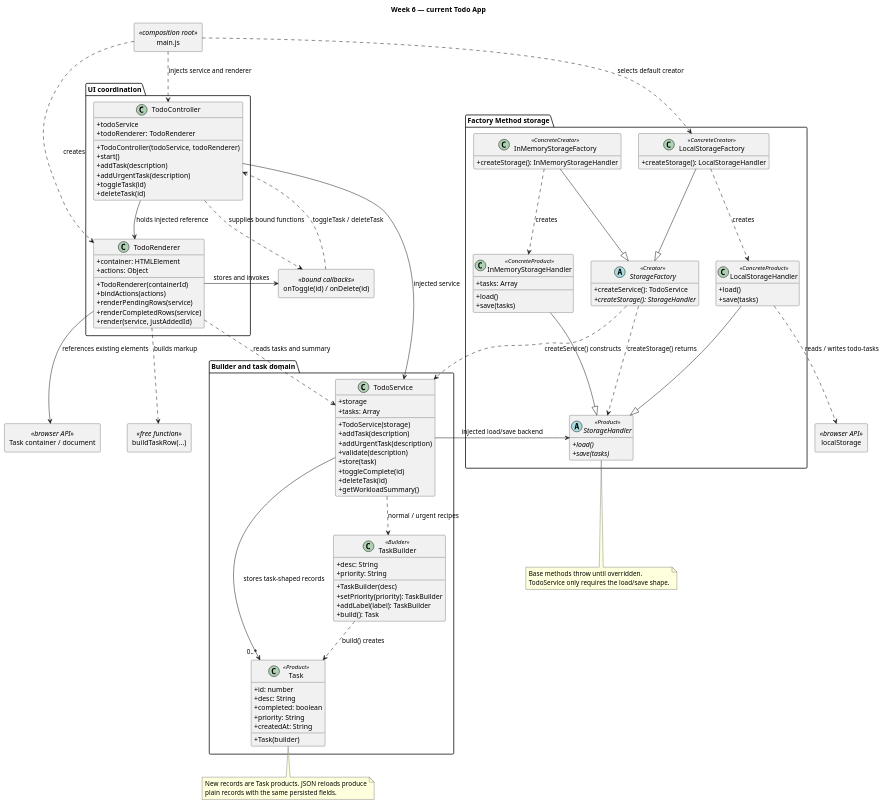
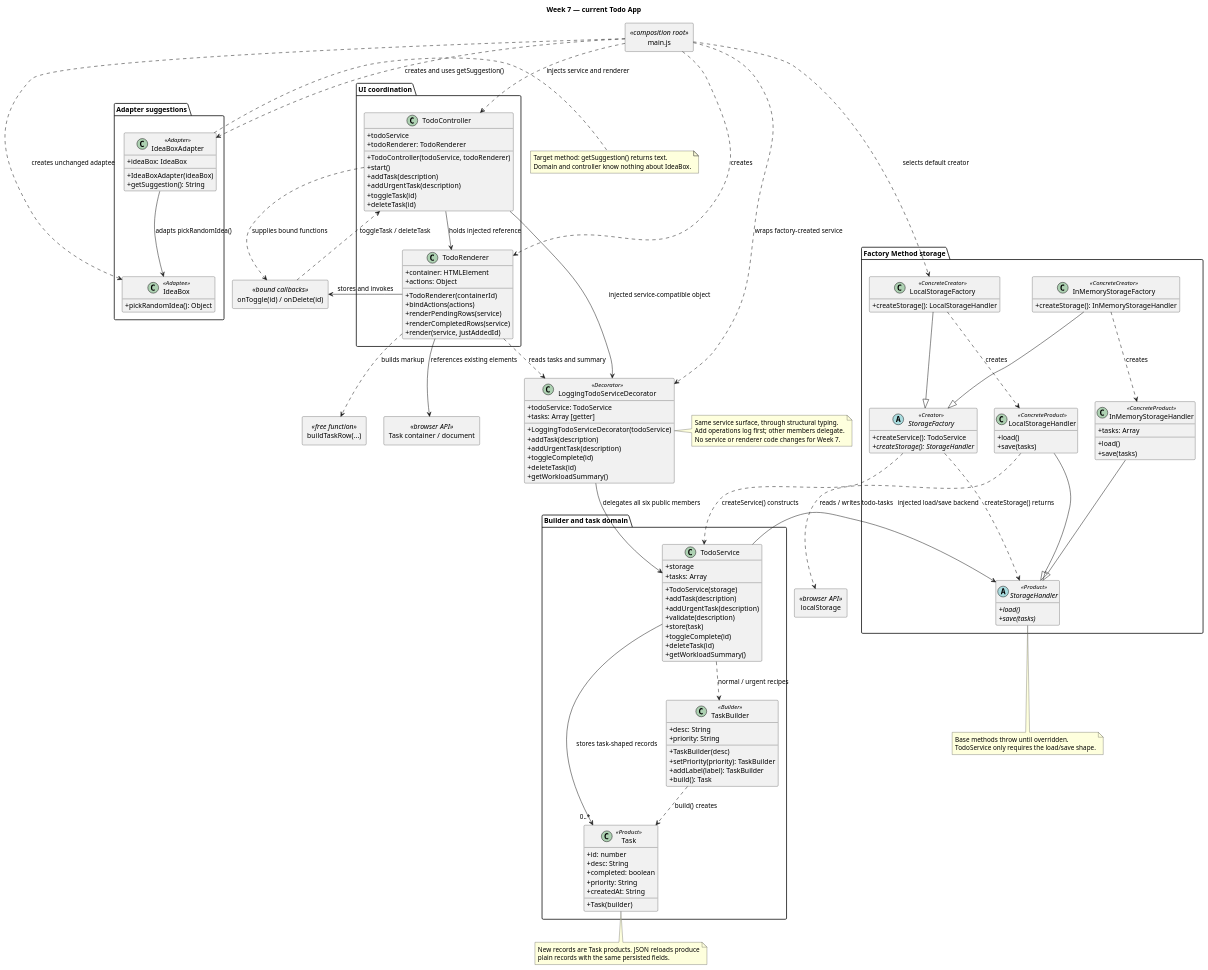
One commit to valonraca/swen383-todo changed the diagram in docs/class-diagram.puml. Above: the diagram before and after it, drawn with PlantUML. The commit also changed 7 other files, not shown here.

```diff
--- a/docs/class-diagram.puml
+++ b/docs/class-diagram.puml
@@ -1,125 +1,160 @@
 @startuml ClassDiagram
 allowmixing
-title Week 6 — current Todo App
+title Week 7 — current Todo App
 skinparam classAttributeIconSize 0
 hide empty members
 
 package "UI coordination" {
   class TodoController {
     + todoService
     + todoRenderer: TodoRenderer
     + TodoController(todoService, todoRenderer)
     + start()
     + addTask(description)
     + addUrgentTask(description)
     + toggleTask(id)
     + deleteTask(id)
   }
   class TodoRenderer {
     + container: HTMLElement
     + actions: Object
     + TodoRenderer(containerId)
     + bindActions(actions)
     + renderPendingRows(service)
     + renderCompletedRows(service)
     + render(service, justAddedId)
   }
 }
 
 package "Builder and task domain" {
   class TodoService {
     + storage
     + tasks: Array
     + TodoService(storage)
     + addTask(description)
     + addUrgentTask(description)
     + validate(description)
     + store(task)
     + toggleComplete(id)
     + deleteTask(id)
     + getWorkloadSummary()
   }
   class Task <<Product>> {
     + id: number
     + desc: String
     + completed: boolean
     + priority: String
     + createdAt: String
     + Task(builder)
   }
   class TaskBuilder <<Builder>> {
     + desc: String
     + priority: String
     + TaskBuilder(desc)
     + setPriority(priority): TaskBuilder
     + addLabel(label): TaskBuilder
     + build(): Task
   }
 }
 
 package "Factory Method storage" {
   abstract class StorageHandler <<Product>> {
     {abstract} + load()
     {abstract} + save(tasks)
   }
   class LocalStorageHandler <<ConcreteProduct>> {
     + load()
     + save(tasks)
   }
   class InMemoryStorageHandler <<ConcreteProduct>> {
     + tasks: Array
     + load()
     + save(tasks)
   }
   abstract class StorageFactory <<Creator>> {
     + createService(): TodoService
     {abstract} + createStorage(): StorageHandler
   }
   class LocalStorageFactory <<ConcreteCreator>> {
     + createStorage(): LocalStorageHandler
   }
   class InMemoryStorageFactory <<ConcreteCreator>> {
     + createStorage(): InMemoryStorageHandler
   }
 }
 
 rectangle "main.js" as Main <<composition root>>
 rectangle "onToggle(id) / onDelete(id)" as Actions <<bound callbacks>>
 rectangle "buildTaskRow(...)" as Rows <<free function>>
 rectangle "Task container / document" as DOM <<browser API>>
 rectangle "localStorage" as BrowserStorage <<browser API>>
 
 LocalStorageHandler --|> StorageHandler
 InMemoryStorageHandler --|> StorageHandler
 LocalStorageFactory --|> StorageFactory
 InMemoryStorageFactory --|> StorageFactory
 StorageFactory ..> TodoService : createService() constructs
 StorageFactory ..> StorageHandler : createStorage() returns
 LocalStorageFactory ..> LocalStorageHandler : creates
 InMemoryStorageFactory ..> InMemoryStorageHandler : creates
 LocalStorageHandler ..> BrowserStorage : reads / writes todo-tasks
 TodoService --> StorageHandler : injected load/save backend
 TodoService ..> TaskBuilder : normal / urgent recipes
 TaskBuilder ..> Task : build() creates
 TodoService --> "0..*" Task : stores task-shaped records
 Main ..> LocalStorageFactory : selects default creator
 Main ..> TodoRenderer : creates
 Main ..> TodoController : injects service and renderer
 TodoController --> TodoRenderer : holds injected reference
 TodoController ..> Actions : supplies bound functions
 TodoRenderer --> Actions : stores and invokes
 Actions ..> TodoController : toggleTask / deleteTask
 TodoRenderer --> DOM : references existing elements
 TodoRenderer ..> Rows : builds markup
 
 note bottom of Task
   New records are Task products. JSON reloads produce
   plain records with the same persisted fields.
 end note
 note bottom of StorageHandler
   Base methods throw until overridden.
   TodoService only requires the load/save shape.
 end note
-TodoController --> TodoService : injected service
-TodoRenderer ..> TodoService : reads tasks and summary
+
+package "Adapter suggestions" {
+  class IdeaBox <<Adaptee>> {
+    + pickRandomIdea(): Object
+  }
+  class IdeaBoxAdapter <<Adapter>> {
+    + ideaBox: IdeaBox
+    + IdeaBoxAdapter(ideaBox)
+    + getSuggestion(): String
+  }
+}
+class LoggingTodoServiceDecorator <<Decorator>> {
+  + todoService: TodoService
+  + LoggingTodoServiceDecorator(todoService)
+  + addTask(description)
+  + addUrgentTask(description)
+  + toggleComplete(id)
+  + deleteTask(id)
+  + getWorkloadSummary()
+  + tasks: Array [getter]
+}
+Main ..> IdeaBox : creates unchanged adaptee
+Main ..> IdeaBoxAdapter : creates and uses getSuggestion()
+IdeaBoxAdapter --> IdeaBox : adapts pickRandomIdea()
+Main ..> LoggingTodoServiceDecorator : wraps factory-created service
+LoggingTodoServiceDecorator --> TodoService : delegates all six public members
+TodoController --> LoggingTodoServiceDecorator : injected service-compatible object
+TodoRenderer ..> LoggingTodoServiceDecorator : reads tasks and summary
+note right of IdeaBoxAdapter
+  Target method: getSuggestion() returns text.
+  Domain and controller know nothing about IdeaBox.
+end note
+note right of LoggingTodoServiceDecorator
+  Same service surface, through structural typing.
+  Add operations log first; other members delegate.
+  No service or renderer code changes for Week 7.
+end note
 @enduml
```
